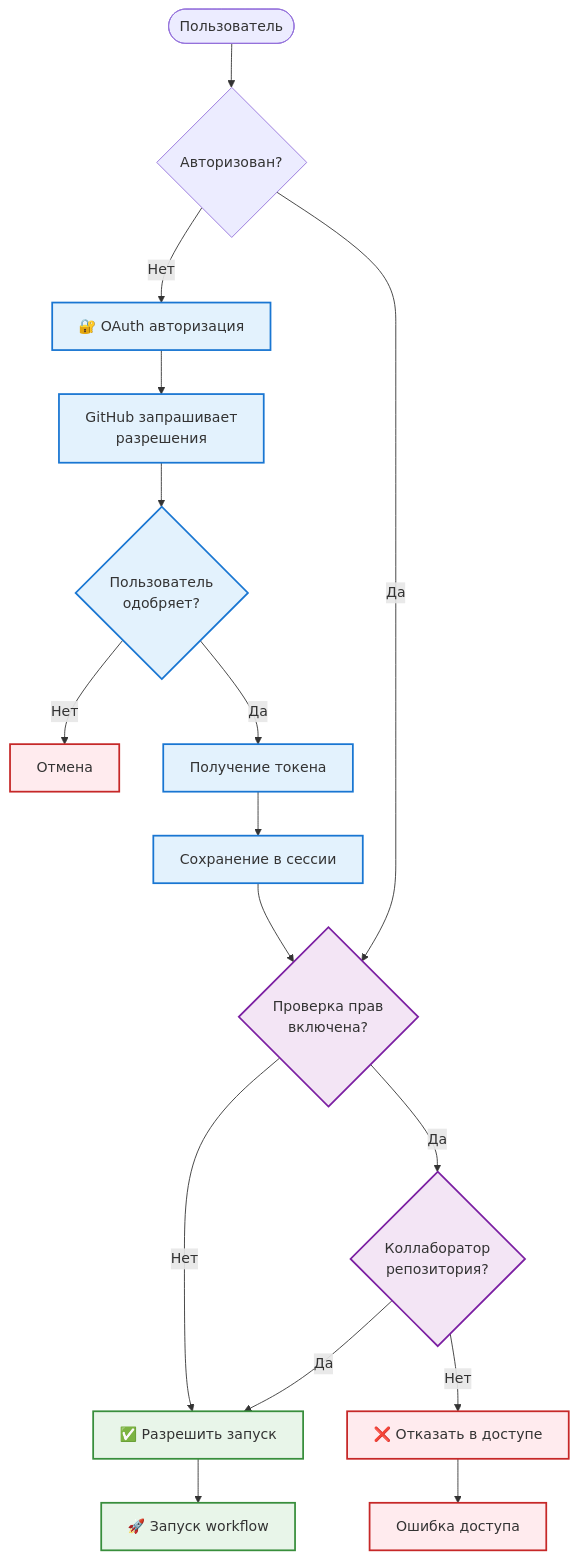
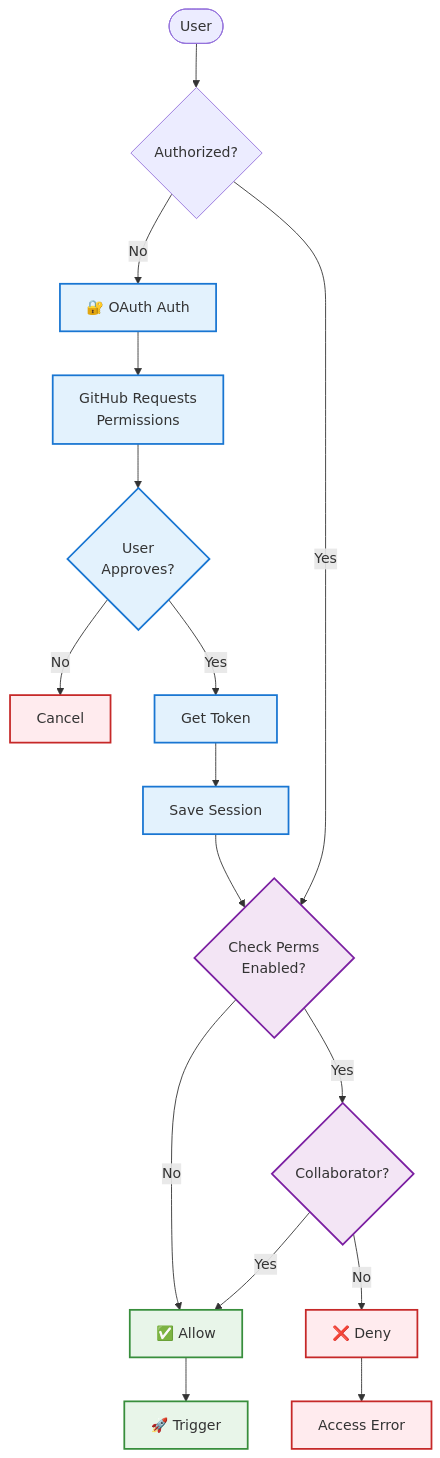
The second of 3 diagrams in README.md (ydb-platform/github_action_executor), drawn with Mermaid before and after one commit. The commit also changed other lines of this file and 3 other files, not shown here.

First line of the commit message:
Enhance GitHub OAuth handling and logging

````diff
--- a/README.md
+++ b/README.md
@@ -102,33 +101,33 @@
 ```mermaid
 flowchart TD
-    Start([Пользователь]) --> NeedAuth{Авторизован?}
+    Start([User]) --> NeedAuth{Authorized?}
     
-    NeedAuth -->|Нет| OAuth[🔐 OAuth авторизация]
-    OAuth --> GitHub[GitHub запрашивает<br/>разрешения]
-    GitHub --> UserApprove{Пользователь<br/>одобряет?}
-    UserApprove -->|Нет| Cancel[Отмена]
-    UserApprove -->|Да| GetToken[Получение токена]
-    GetToken --> SaveSession[Сохранение в сессии]
+    NeedAuth -->|No| OAuth[🔐 OAuth Auth]
+    OAuth --> GitHub[GitHub Requests<br/>Permissions]
+    GitHub --> UserApprove{User<br/>Approves?}
+    UserApprove -->|No| Cancel[Cancel]
+    UserApprove -->|Yes| GetToken[Get Token]
+    GetToken --> SaveSession[Save Session]
     
-    NeedAuth -->|Да| CheckPerm
-    SaveSession --> CheckPerm{Проверка прав<br/>включена?}
+    NeedAuth -->|Yes| CheckPerm
+    SaveSession --> CheckPerm{Check Perms<br/>Enabled?}
     
-    CheckPerm -->|Нет| Allow[✅ Разрешить запуск]
-    CheckPerm -->|Да| CheckCollab{Коллаборатор<br/>репозитория?}
+    CheckPerm -->|No| Allow[✅ Allow]
+    CheckPerm -->|Yes| CheckCollab{Collaborator?}
     
-    CheckCollab -->|Да| Allow
-    CheckCollab -->|Нет| Deny[❌ Отказать в доступе]
+    CheckCollab -->|Yes| Allow
+    CheckCollab -->|No| Deny[❌ Deny]
     
-    Allow --> Trigger[🚀 Запуск workflow]
-    Deny --> Error[Ошибка доступа]
+    Allow --> Trigger[🚀 Trigger]
+    Deny --> Error[Access Error]
     
     classDef auth fill:#e3f2fd,stroke:#1976d2,stroke-width:2px
     classDef check fill:#f3e5f5,stroke:#7b1fa2,stroke-width:2px
     classDef success fill:#e8f5e9,stroke:#388e3c,stroke-width:2px
     classDef error fill:#ffebee,stroke:#c62828,stroke-width:2px
     
     class OAuth,GitHub,UserApprove,GetToken,SaveSession auth
     class CheckPerm,CheckCollab check
     class Allow,Trigger success
     class Cancel,Deny,Error error
 ```
````
